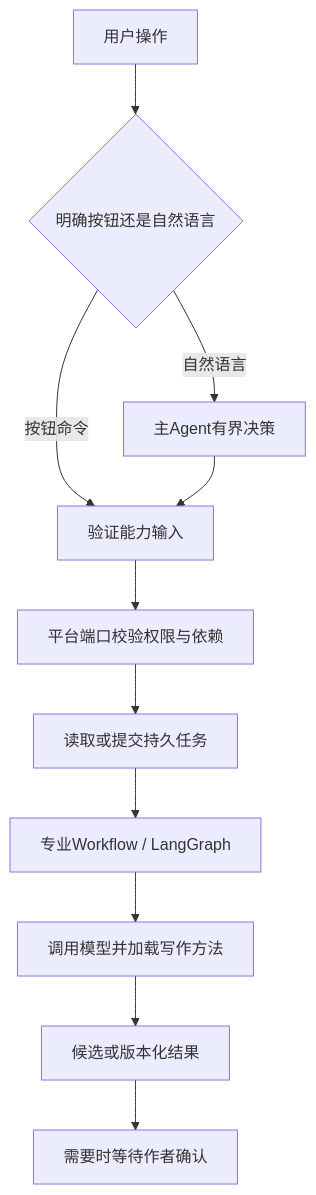
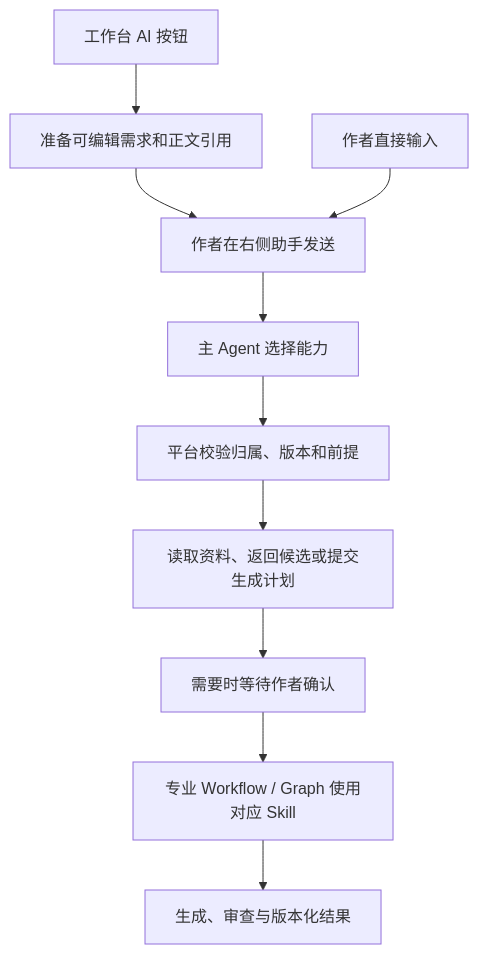
One commit to leistung/StoryClaw changed the diagram in docs/06-Agent工作流与Skill原理.md. Above: the diagram before and after it, drawn with Mermaid. The commit also changed other lines of this file and 202 other files, not shown here.

````diff
--- a/docs/06-Agent工作流与Skill原理.md
+++ b/docs/06-Agent工作流与Skill原理.md
@@ -17,13 +19,12 @@
 ```mermaid
 flowchart TD
-    A[用户操作] --> B{明确按钮还是自然语言}
-    B -->|按钮命令| C[验证能力输入]
-    B -->|自然语言| D[主Agent有界决策]
-    D --> C
-    C --> E[平台端口校验权限与依赖]
-    E --> F[读取或提交持久任务]
-    F --> G[专业Workflow / LangGraph]
-    G --> H[调用模型并加载写作方法]
-    H --> I[候选或版本化结果]
-    I --> J[需要时等待作者确认]
+    A[工作台 AI 按钮] --> B[准备可编辑需求和正文引用]
+    B --> C[作者在右侧助手发送]
+    D[作者直接输入] --> C
+    C --> E[主 Agent 选择能力]
+    E --> F[平台校验归属、版本和前提]
+    F --> G[读取资料、返回候选或提交生成计划]
+    G --> H[需要时等待作者确认]
+    H --> I[专业 Workflow / Graph 使用对应 Skill]
+    I --> J[生成、审查与版本化结果]
 ```
````
